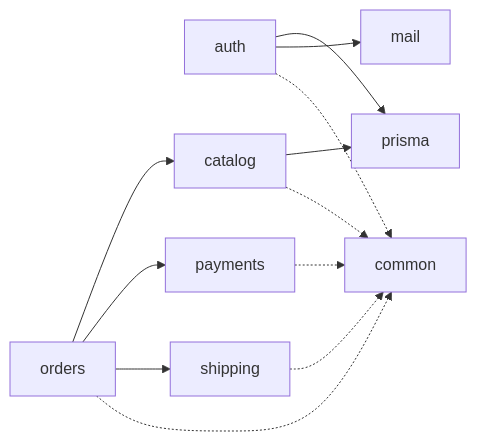
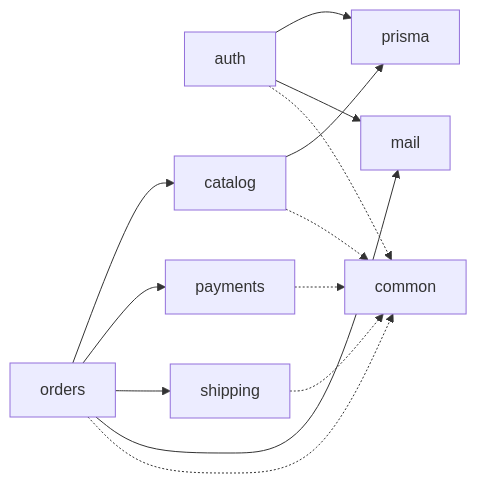
One commit to ArtRiv/commerce-core changed the diagram in docs/architecture/modules.md. Above: the diagram before and after it, drawn with Mermaid. The commit also changed other lines of this file and 2 other files, not shown here.

First line of the commit message:
test(mail): cover the order emails end to end, and record the module

````diff
--- a/docs/architecture/modules.md
+++ b/docs/architecture/modules.md
@@ -13,25 +13,26 @@
 ```mermaid
 flowchart LR
     auth["auth"]
     catalog["catalog"]
     orders["orders"]
     payments["payments"]
     shipping["shipping"]
     common["common"]
     prisma["prisma"]
     mail["mail"]
 
     orders --> catalog
     orders --> payments
     orders --> shipping
+    orders --> mail
 
     auth --> prisma
     auth --> mail
     catalog --> prisma
 
     auth -.-> common
     catalog -.-> common
     orders -.-> common
     payments -.-> common
     shipping -.-> common
 ```
````
